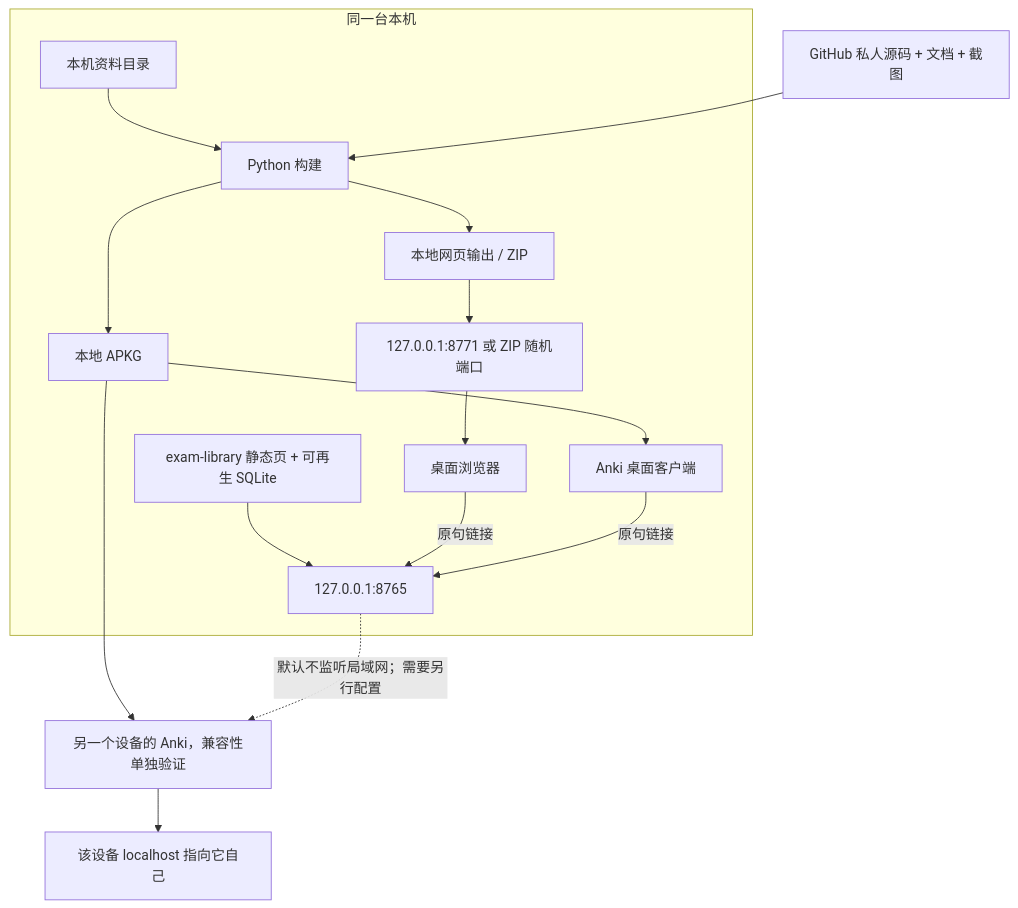
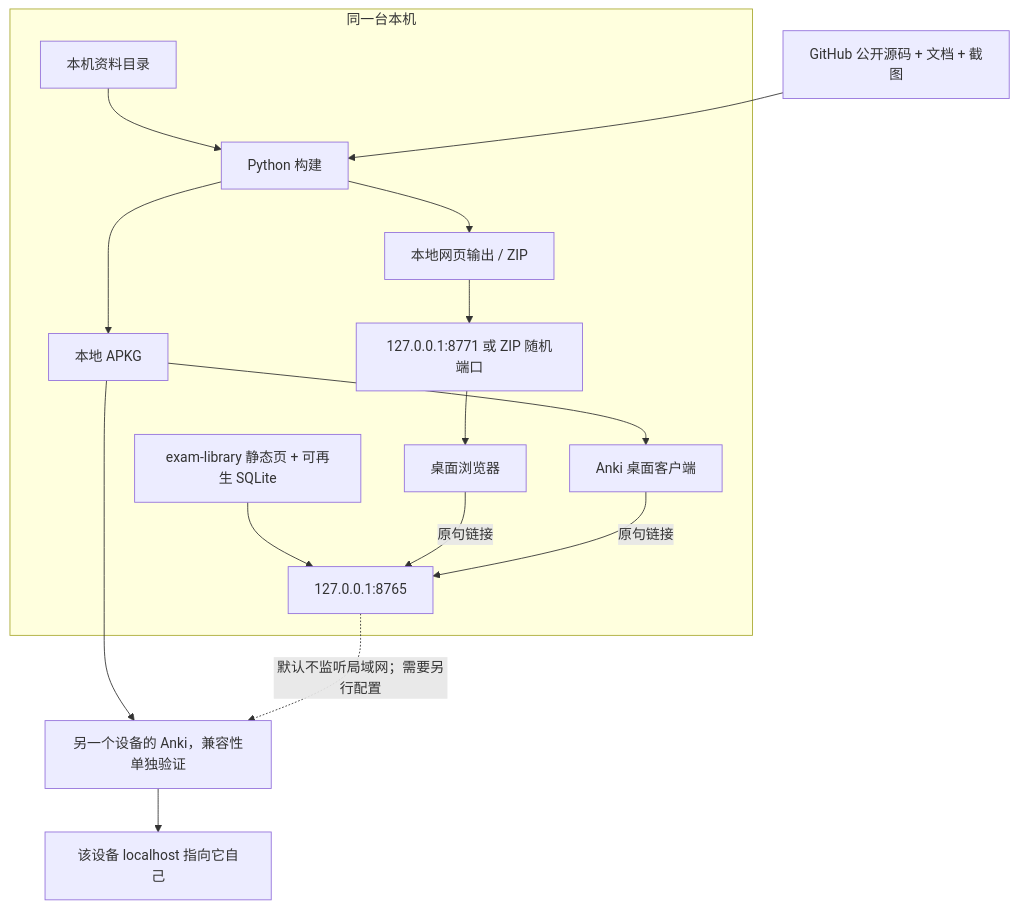
One commit to CHNragdoll/anki-pipeline changed diagram 15 of 18 in README.md. Above: the diagram before and after it, drawn with Mermaid. The commit also changed other lines of this file and 4 other files, not shown here.

````diff
--- a/README.md
+++ b/README.md
@@ -1682,18 +1682,18 @@
 ```mermaid
 flowchart TB
   subgraph Mac["同一台本机"]
     Inputs["本机资料目录"] --> Builder["Python 构建"]
     Builder --> Package["本地 APKG"]
     Builder --> PreviewFiles["本地网页输出 / ZIP"]
     Package --> Anki["Anki 桌面客户端"]
     PreviewFiles --> PreviewServer["127.0.0.1:8771 或 ZIP 随机端口"]
     PreviewServer --> Browser["桌面浏览器"]
     ExamFiles["exam-library 静态页 + 可再生 SQLite"] --> ExamServer["127.0.0.1:8765"]
     Browser -->|"原句链接"| ExamServer
     Anki -->|"原句链接"| ExamServer
   end
   Package --> Mobile["另一个设备的 Anki，兼容性单独验证"]
   Mobile --> Localhost["该设备 localhost 指向它自己"]
   ExamServer -. "默认不监听局域网；需要另行配置" .-> Mobile
-  Repo["GitHub 私人源码 + 文档 + 截图"] --> Builder
+  Repo["GitHub 公开源码 + 文档 + 截图"] --> Builder
 ```
````
